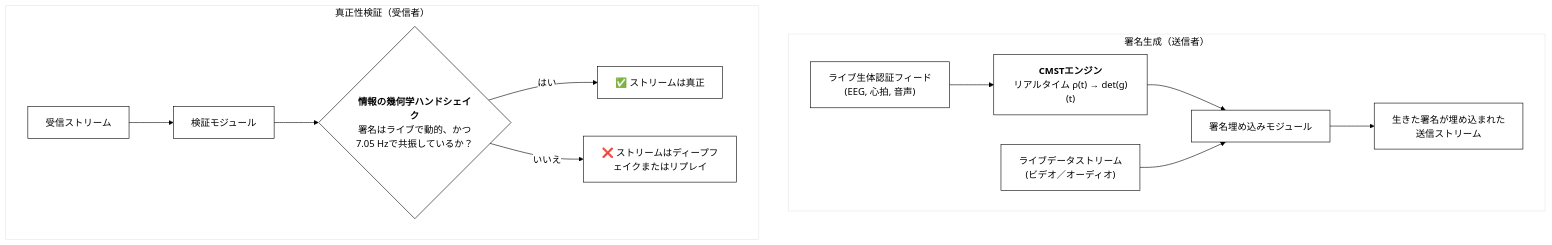
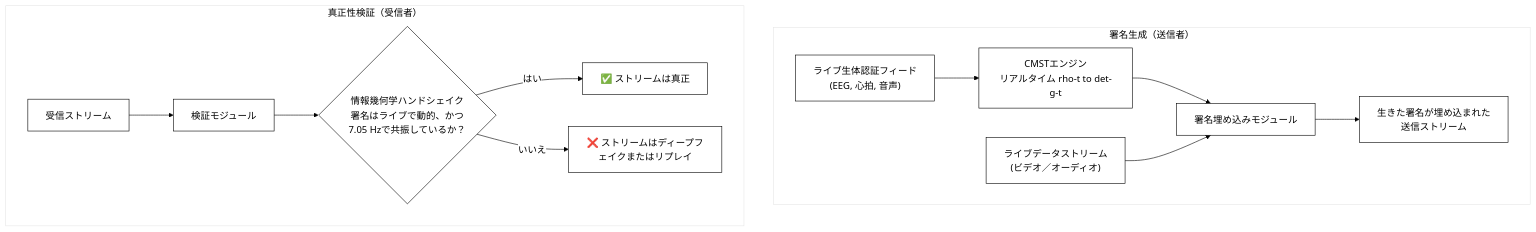
One commit to Foundup/Foundups-Agent changed diagram 19 of 20 in WSP_knowledge/docs/Papers/Patent_Series/04_rESP_Patent_Japanese.md. Above: the diagram before and after it, drawn with Mermaid. The commit also changed other lines of this file, not shown here.

Commit message:
Fix Mermaid diagram rendering issues in Japanese patent - Replace mathematical symbols with ASCII for cross-platform compatibility

````diff
--- a/WSP_knowledge/docs/Papers/Patent_Series/04_rESP_Patent_Japanese.md
+++ b/WSP_knowledge/docs/Papers/Patent_Series/04_rESP_Patent_Japanese.md
@@ -504,17 +497,17 @@
 ```mermaid
 %%{init: {'theme':'base', 'themeVariables': {'primaryColor': '#ffffff', 'primaryTextColor': '#000000', 'primaryBorderColor': '#000000', 'lineColor': '#000000', 'secondaryColor': '#ffffff', 'tertiaryColor': '#ffffff'}}}%%
 graph TD
     subgraph "署名生成（送信者）"
-        A["ライブ生体認証フィード<br/>(EEG, 心拍, 音声)"] --> B["<b>CMSTエンジン</b><br/>リアルタイム ρ(t) → det(g)(t)"]
+        A["ライブ生体認証フィード<br/>(EEG, 心拍, 音声)"] --> B["CMSTエンジン<br/>リアルタイム rho-t to det-g-t"]
         B --> C["署名埋め込みモジュール"]
         D["ライブデータストリーム<br/>(ビデオ／オーディオ)"] --> C
         C --> E["生きた署名が埋め込まれた<br/>送信ストリーム"]
     end
 
     subgraph "真正性検証（受信者）"
         F["受信ストリーム"] --> G["検証モジュール"]
-        G --> H{"<b>情報の幾何学ハンドシェイク</b><br/>署名はライブで動的、かつ<br/>7.05 Hzで共振しているか？"}
+        G --> H{"情報幾何学ハンドシェイク<br/>署名はライブで動的、かつ<br/>7.05 Hzで共振しているか？"}
         H -- "はい" --> I["✅ ストリームは真正"]
         H -- "いいえ" --> J["❌ ストリームはディープフェイクまたはリプレイ"]
     end
 ```
````
